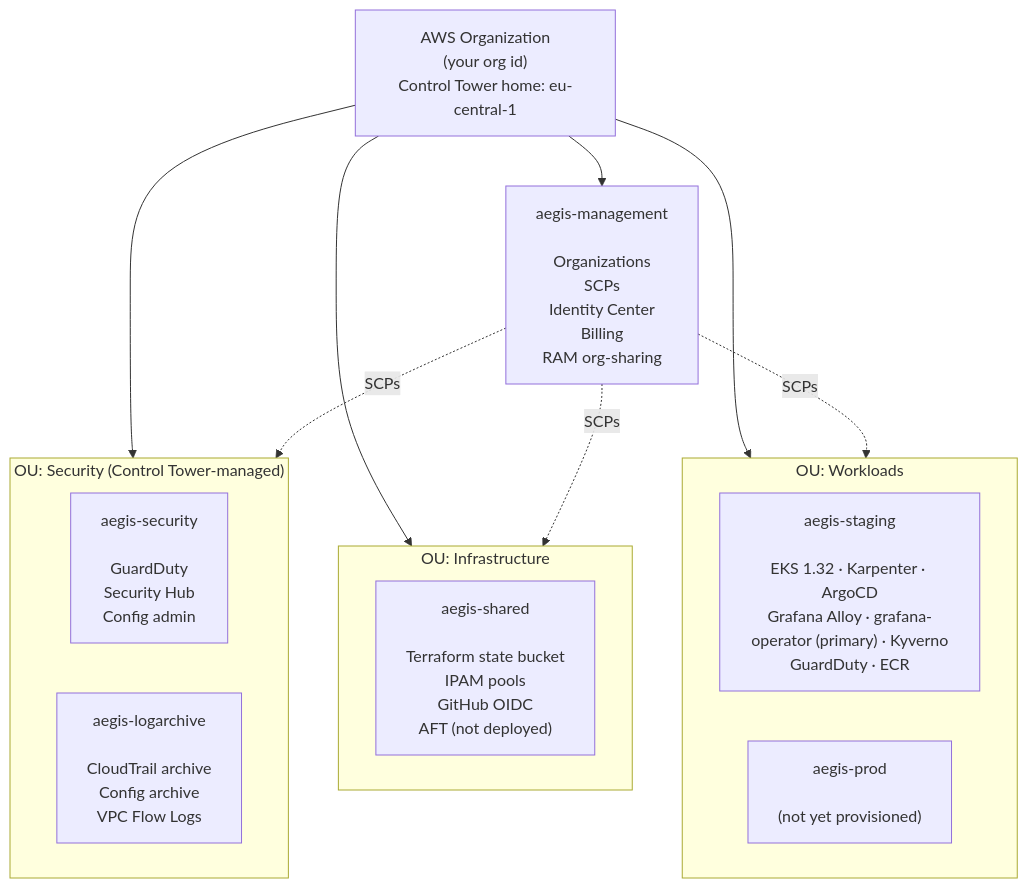
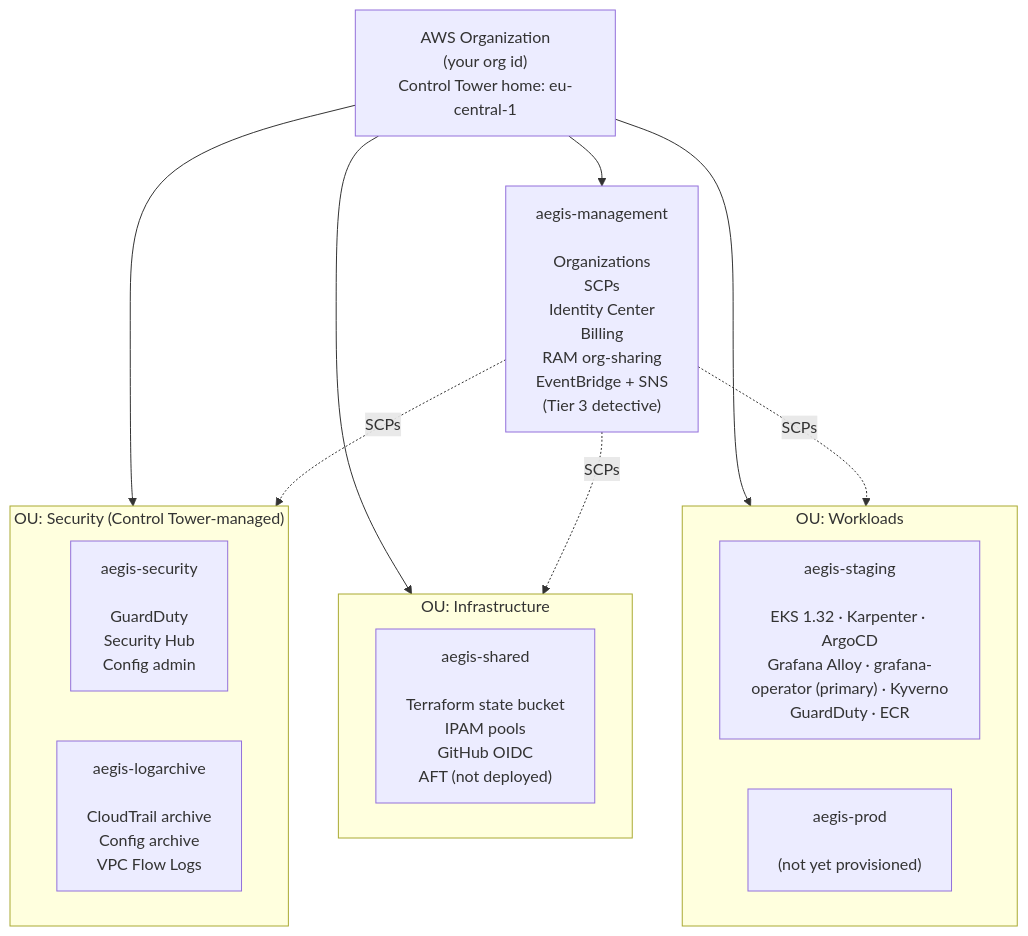
One commit to BinHsu/aegis-aws-landing-zone changed the first of 5 diagrams in docs/architecture.md. Above: the diagram before and after it, drawn with Mermaid. The commit also changed other lines of this file and 3 other files, not shown here.

````diff
--- a/docs/architecture.md
+++ b/docs/architecture.md
@@ -14,28 +14,28 @@
 ```mermaid
 flowchart TB
   Org["AWS Organization<br/>(your org id)<br/>Control Tower home: eu-central-1"]
 
-  Mgmt["aegis-management<br/><br/>Organizations<br/>SCPs<br/>Identity Center<br/>Billing<br/>RAM org-sharing"]
+  Mgmt["aegis-management<br/><br/>Organizations<br/>SCPs<br/>Identity Center<br/>Billing<br/>RAM org-sharing<br/>EventBridge + SNS<br/>(Tier 3 detective)"]
 
   subgraph Security["OU: Security (Control Tower-managed)"]
     Sec["aegis-security<br/><br/>GuardDuty<br/>Security Hub<br/>Config admin"]
     Log["aegis-logarchive<br/><br/>CloudTrail archive<br/>Config archive<br/>VPC Flow Logs"]
   end
 
   subgraph Infra["OU: Infrastructure"]
     Shared["aegis-shared<br/><br/>Terraform state bucket<br/>IPAM pools<br/>GitHub OIDC<br/>AFT (not deployed)"]
   end
 
   subgraph Work["OU: Workloads"]
     Stg["aegis-staging<br/><br/>EKS 1.32 · Karpenter · ArgoCD<br/>Grafana Alloy · grafana-operator (primary) · Kyverno<br/>GuardDuty · ECR"]
     Prd["aegis-prod<br/><br/>(not yet provisioned)"]
   end
 
   Org --> Mgmt
   Org --> Security
   Org --> Infra
   Org --> Work
   Mgmt -. SCPs .-> Security
   Mgmt -. SCPs .-> Infra
   Mgmt -. SCPs .-> Work
 ```
````
